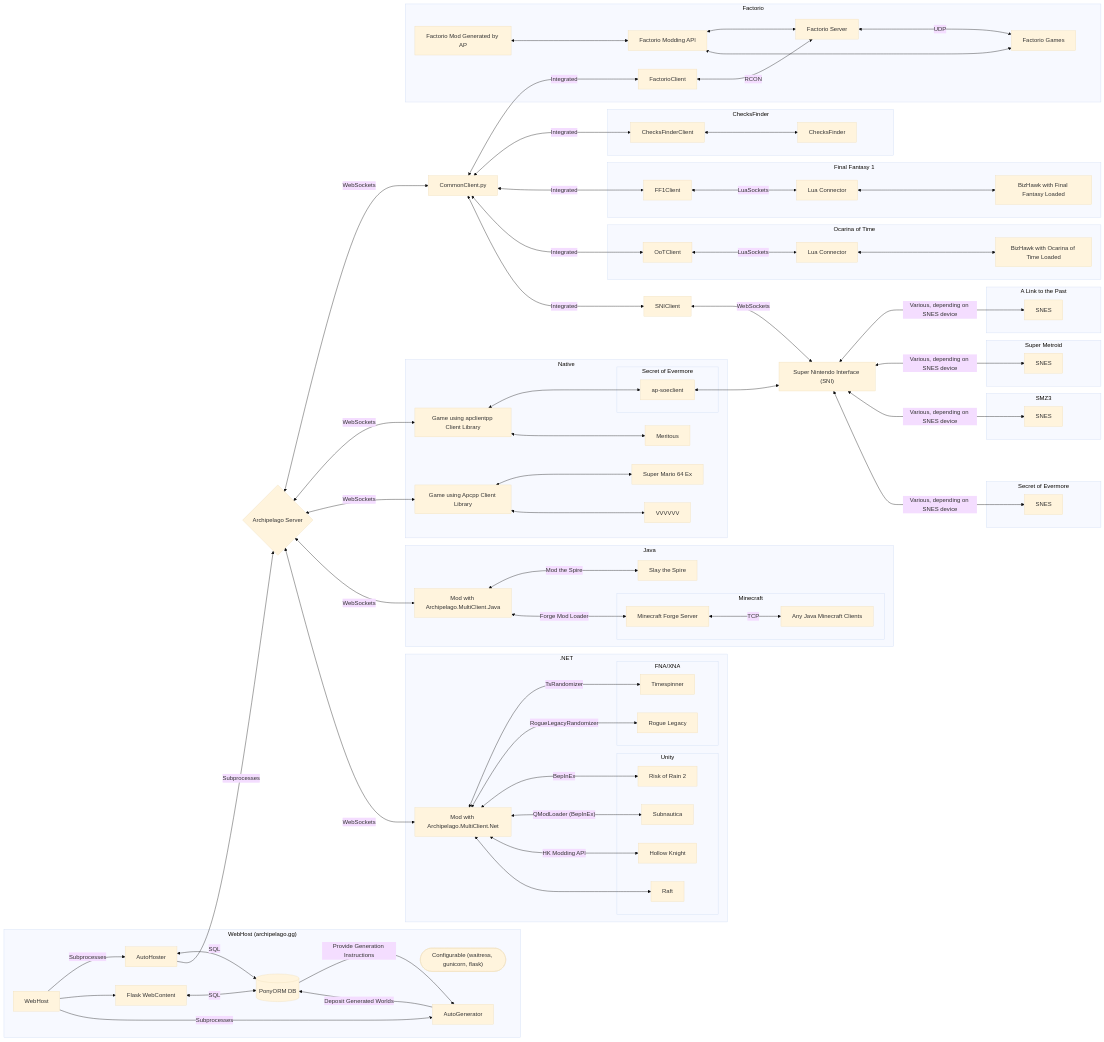
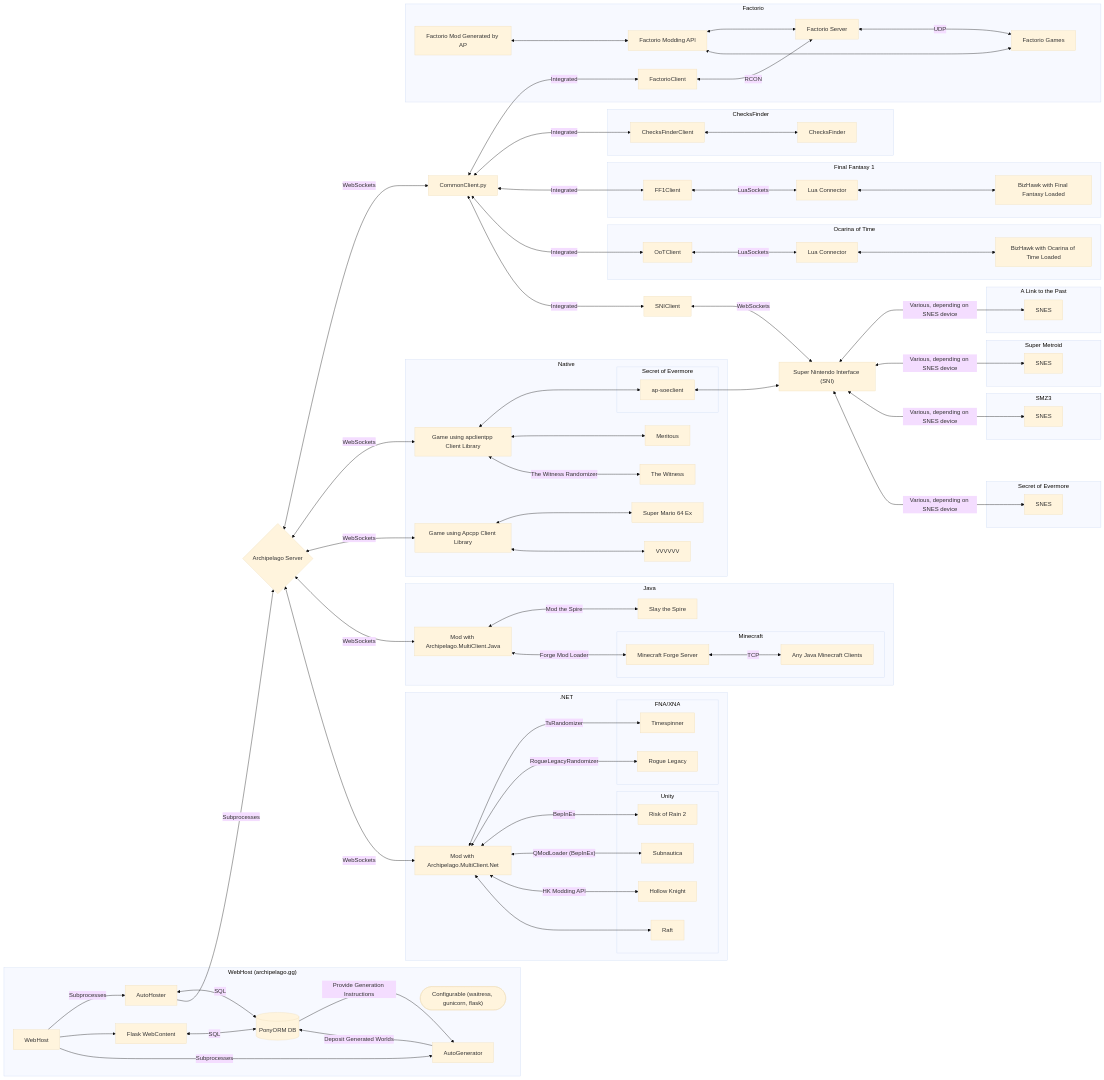
Before and after one commit to ArchipelagoMW/Archipelago: the diagram in docs/network diagram.md, drawn with Mermaid (base theme). The commit also changed 2 other files, not shown here.

Commit message:
Updated network graph

```diff
--- a/docs/network diagram.md
+++ b/docs/network diagram.md
@@ -71,9 +71,11 @@
         SM64[Super Mario 64 Ex]
         V6[VVVVVV]
         MT[Meritous]
+        TW[The Witness]
 
         APCLIENTPP <--> SOE
         APCLIENTPP <--> MT
+        APCLIENTPP <-- The Witness Randomizer --> TW
         APCPP <--> SM64
         APCPP <--> V6
     end
```
